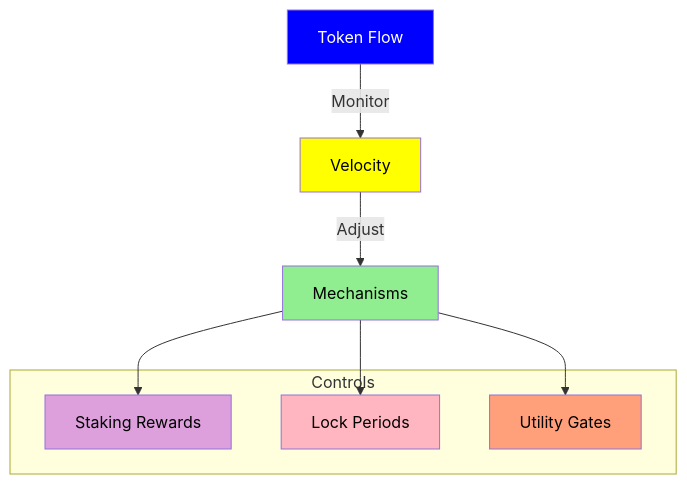
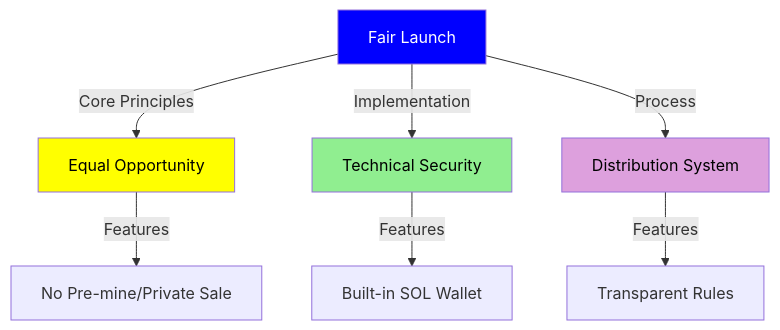
Before and after one commit to MEMEFANS/memefans: the sixth of 8 diagrams in docs/whitepaper/token-economics.md, drawn with Mermaid. The commit also changed other lines of this file and 32 other files, not shown here.

````diff
--- a/docs/whitepaper/token-economics.md
+++ b/docs/whitepaper/token-economics.md
@@ -441,22 +172,14 @@
-<div class="mermaid">
+```mermaid
 graph TD
-    A[Token Flow] -->|Monitor| B[Velocity]
-    B -->|Adjust| C[Mechanisms]
-    
-    subgraph Controls
-    D[Staking Rewards]
-    E[Lock Periods]
-    F[Utility Gates]
-    end
-    
-    C --> D
-    C --> E
-    C --> F
+    A[Fair Launch] -->|Core Principles| B[Equal Opportunity]
+    A -->|Implementation| C[Technical Security]
+    A -->|Process| D[Distribution System]
+    B -->|Features| E[No Pre-mine/Private Sale]
+    C -->|Features| F[Built-in SOL Wallet]
+    D -->|Features| G[Transparent Rules]
     
     style A fill:#0000FF,color:#FFFFFF
     style B fill:#FFFF00,color:#000000
     style C fill:#90EE90,color:#000000
     style D fill:#DDA0DD,color:#000000
-    style E fill:#FFB6C1,color:#000000
-    style F fill:#FFA07A,color:#000000
-</div>
+```
````
